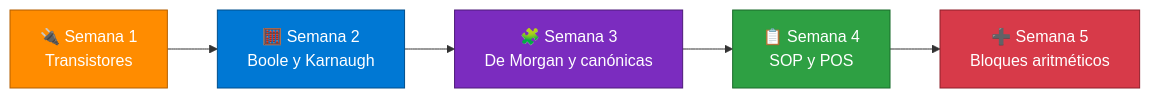
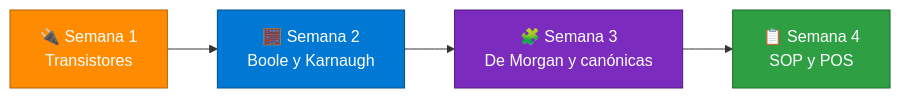
One commit to manuelponcearmijos-lgtm/cuadernoDisenoCircuitos changed the first of 2 diagrams in Unidad_1.md. Above: the diagram before and after it, drawn with Mermaid. The commit also changed other lines of this file and 2 other files, not shown here.

````diff
--- a/Unidad_1.md
+++ b/Unidad_1.md
@@ -41,17 +39,14 @@
 ```mermaid
 flowchart LR
     S1["🔌 Semana 1<br/>Transistores"] --> S2["🧮 Semana 2<br/>Boole y Karnaugh"]
     S2 --> S3["🧩 Semana 3<br/>De Morgan y canónicas"]
     S3 --> S4["📋 Semana 4<br/>SOP y POS"]
-    S4 --> S5["➕ Semana 5<br/>Bloques aritméticos"]
     classDef s1 fill:#FF8C00,stroke:#B35F00,color:#ffffff
     classDef s2 fill:#0078D4,stroke:#004E8C,color:#ffffff
     classDef s3 fill:#7B2CBF,stroke:#4E1A7A,color:#ffffff
     classDef s4 fill:#2EA043,stroke:#1A6B2B,color:#ffffff
-    classDef s5 fill:#D73A49,stroke:#8E1F2A,color:#ffffff
     class S1 s1
     class S2 s2
     class S3 s3
     class S4 s4
-    class S5 s5
 ```
````
